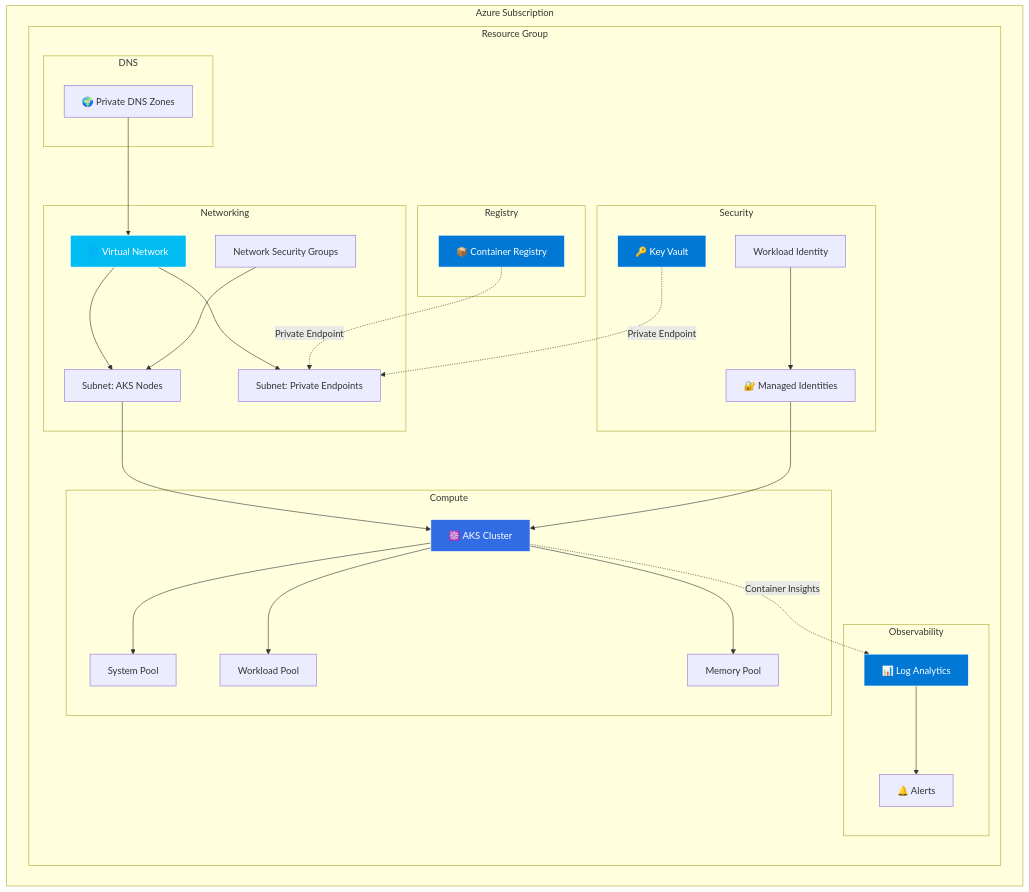
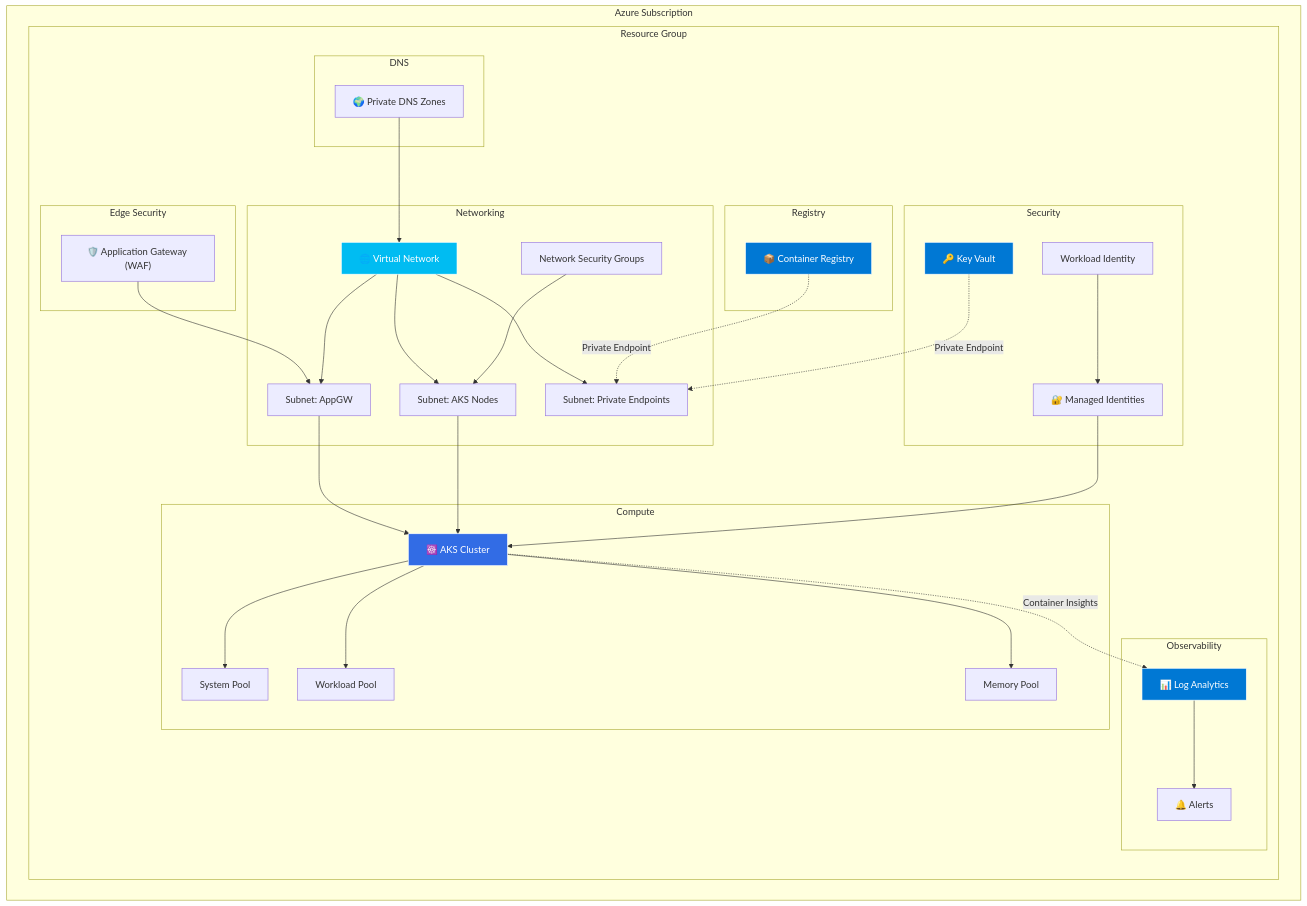
One commit to fyls237/plateform-aks-standards-entreprise changed the diagram in README.md. Above: the diagram before and after it, drawn with Mermaid. The commit also changed other lines of this file and 13 other files, not shown here.

First line of the commit message:
feat(network): add application gateway (agic and nginx) ingress (#40)

````diff
--- a/README.md
+++ b/README.md
@@ -36,57 +36,65 @@
 ```mermaid
 graph TB
     subgraph "Azure Subscription"
         subgraph "Resource Group"
+            subgraph "Edge Security"
+                APPGW["🛡️ Application Gateway (WAF)"]
+            end
+
             subgraph "Networking"
                 VNET["🌐 Virtual Network"]
                 SNET_AKS["Subnet: AKS Nodes"]
                 SNET_PE["Subnet: Private Endpoints"]
+                SNET_AGW["Subnet: AppGW"]
                 NSG["Network Security Groups"]
             end
 
             subgraph "Compute"
                 AKS["☸️ AKS Cluster"]
                 SYS["System Pool"]
                 WORK["Workload Pool"]
                 MEM["Memory Pool"]
             end
 
             subgraph "Security"
                 MI["🔐 Managed Identities"]
                 KV["🔑 Key Vault"]
                 WI["Workload Identity"]
             end
 
             subgraph "Registry"
                 ACR["📦 Container Registry"]
             end
 
             subgraph "Observability"
                 LAW["📊 Log Analytics"]
                 MON["🔔 Alerts"]
             end
 
             subgraph "DNS"
                 PDNS["🌍 Private DNS Zones"]
             end
         end
     end
 
+    APPGW --> SNET_AGW
+    SNET_AGW --> AKS
     VNET --> SNET_AKS --> AKS
     VNET --> SNET_PE
+    VNET --> SNET_AGW
     NSG --> SNET_AKS
     MI --> AKS
     WI --> MI
     AKS --> SYS & WORK & MEM
     ACR -.->|Private Endpoint| SNET_PE
     KV -.->|Private Endpoint| SNET_PE
     AKS -.->|Container Insights| LAW
     LAW --> MON
     PDNS --> VNET
 
     style AKS fill:#326CE5,stroke:#fff,color:#fff
     style ACR fill:#0078D4,stroke:#fff,color:#fff
     style KV fill:#0078D4,stroke:#fff,color:#fff
     style LAW fill:#0078D4,stroke:#fff,color:#fff
     style VNET fill:#00BCF2,stroke:#fff,color:#fff
 ```
````
